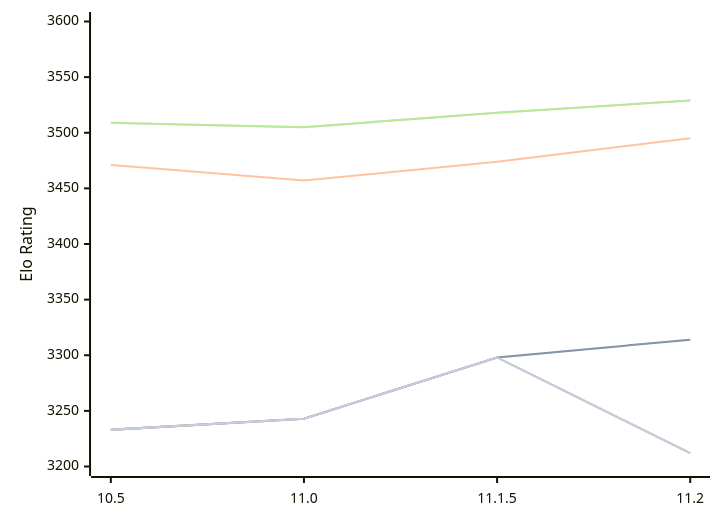
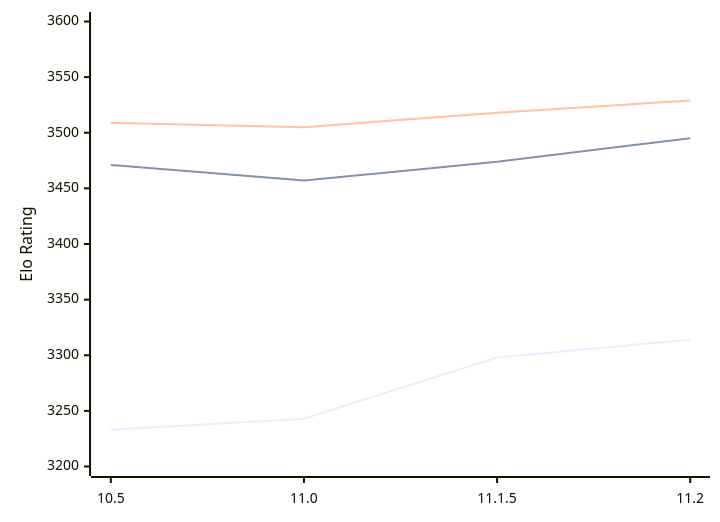
Before and after one commit to computer-chess-index/cci: the diagram in engines/Lizard.md, drawn with Mermaid. The commit also changed other lines of this file, not shown here.

````diff
--- a/engines/Lizard.md
+++ b/engines/Lizard.md
@@ -50,13 +50,9 @@
 ```mermaid
 %%{init: {"theme":"base","themeVariables":{"seriesColors:['#a3a3a3','#222221','#faa371']}}}%%
 xychart-beta
   x-axis ["10.5", "11.0", "11.1.5", "11.2"]
   y-axis "Elo Rating" 3200 --> 3600
-  line "" [3233, 3243, 3298, 3314]
   line "T1: STC (8.0+0.08s)" [3233, 3243, 3298, 3314]
   line "T1: LTC (60.0+0.60s)" [3471, 3457, 3474, 3495]
-  line "" [3509, 3505, 3518, 3529]
   line "T1: VLTC (2m24s+1.12s)" [3509, 3505, 3518, 3529]
-  line "" [3233, 3243, 3298,3212]
-  line "E1: STC (8.0+0.08s)" [3233, 3243, 3298,3212]
 ```
````
